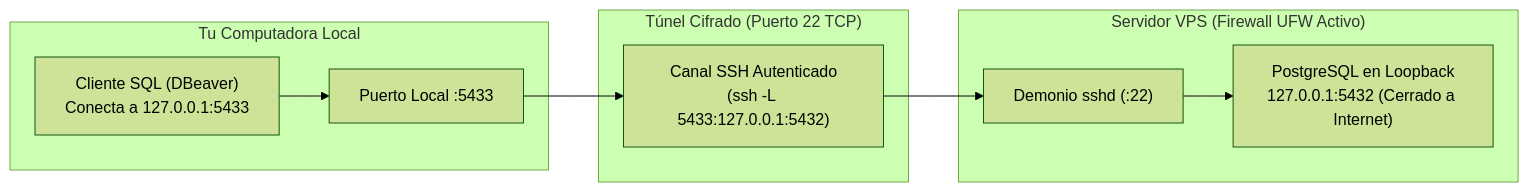
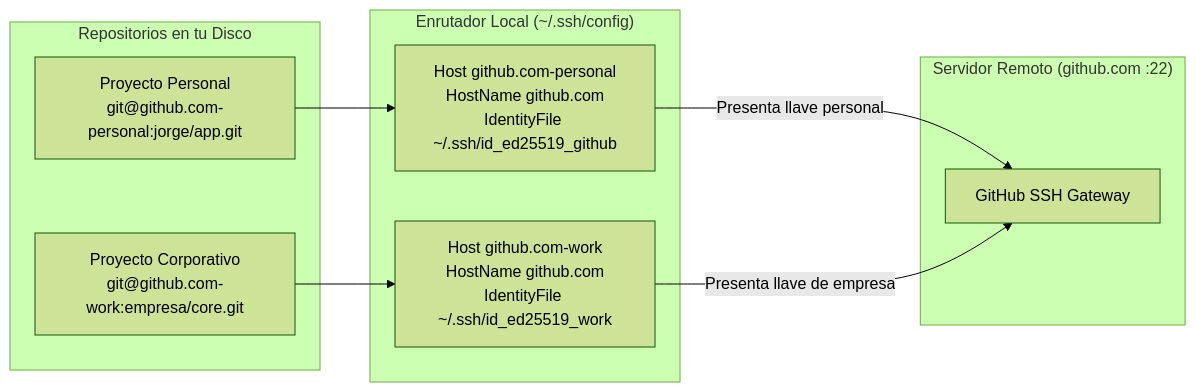
Before and after one commit to JorgeDoicela/jorge_doicela: the third of 3 diagrams in frontend/web/src/app/(doiceladev)/entities/tutorials/drafts/es.configuracion-ssh-claves-ed25519-alias-tuneles.md, drawn with Mermaid (forest theme). The commit also changed other lines of this file and 7 other files, not shown here.

````diff
--- a/frontend/web/src/app/(doiceladev)/entities/tutorials/drafts/es.configuracion-ssh-claves-ed25519-alias-tuneles.md
+++ b/frontend/web/src/app/(doiceladev)/entities/tutorials/drafts/es.configuracion-ssh-claves-ed25519-alias-tuneles.md
@@ -246,21 +433,21 @@
 ```mermaid
 flowchart LR
-    subgraph Laptop ["Tu Computadora Local"]
-        GUI["Cliente SQL (DBeaver)\nConecta a 127.0.0.1:5433"]
-        LocalPort["Puerto Local :5433"]
+    subgraph GitRepos ["Repositorios en tu Disco"]
+        RepoA["Proyecto Personal\ngit@github.com-personal:jorge/app.git"]
+        RepoB["Proyecto Corporativo\ngit@github.com-work:empresa/core.git"]
     end
 
-    subgraph EncryptedTunnel ["Túnel Cifrado (Puerto 22 TCP)"]
-        SSHTunnel["Canal SSH Autenticado\n(ssh -L 5433:127.0.0.1:5432)"]
+    subgraph SSHConfig ["Enrutador Local (~/.ssh/config)"]
+        HostA["Host github.com-personal\nHostName github.com\nIdentityFile ~/.ssh/id_ed25519_github"]
+        HostB["Host github.com-work\nHostName github.com\nIdentityFile ~/.ssh/id_ed25519_work"]
     end
 
-    subgraph VPS ["Servidor VPS (Firewall UFW Activo)"]
-        SSHD["Demonio sshd (:22)"]
-        LoopbackDB["PostgreSQL en Loopback\n127.0.0.1:5432 (Cerrado a Internet)"]
+    subgraph GitHubCloud ["Servidor Remoto (github.com :22)"]
+        GH["GitHub SSH Gateway"]
     end
 
-    GUI --> LocalPort
-    LocalPort --> SSHTunnel
-    SSHTunnel --> SSHD
-    SSHD --> LoopbackDB
+    RepoA --> HostA
+    RepoB --> HostB
+    HostA -- "Presenta llave personal" --> GH
+    HostB -- "Presenta llave de empresa" --> GH
 ```
````
